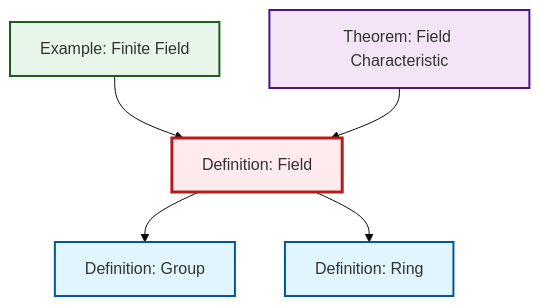
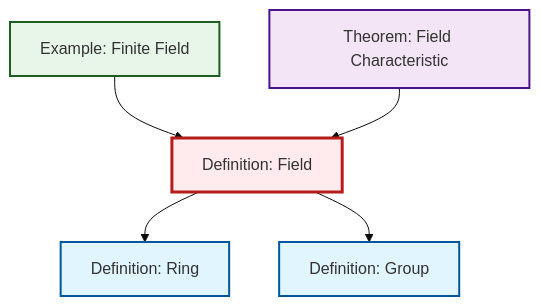
The diagram in output/mermaid/def-field.mermaid (RK0429/ModernMath), drawn with Mermaid (base theme) before and after one commit. The commit also changed other lines of this file and 1195 other files, not shown here.

````diff
--- a/output/mermaid/def-field.mermaid
+++ b/output/mermaid/def-field.mermaid
@@ -1,19 +1,19 @@
 ```{mermaid}
 %%| fig-cap: "Local dependency graph"
 graph TD
     classDef definition fill:#e1f5fe,stroke:#01579b,stroke-width:2px
     classDef theorem fill:#f3e5f5,stroke:#4a148c,stroke-width:2px
     classDef axiom fill:#fff3e0,stroke:#e65100,stroke-width:2px
     classDef example fill:#e8f5e9,stroke:#1b5e20,stroke-width:2px
     classDef current fill:#ffebee,stroke:#b71c1c,stroke-width:3px
     ex-finite-field["Example: Finite Field"]:::example
+    def-ring["Definition: Ring"]:::definition
+    def-field["Definition: Field"]:::definition
     thm-field-characteristic["Theorem: Field Characteristic"]:::theorem
     def-group["Definition: Group"]:::definition
-    def-ring["Definition: Ring"]:::definition
-    def-field["Definition: Field"]:::definition
     ex-finite-field --> def-field
+    thm-field-characteristic --> def-field
+    def-field --> def-ring
     def-field --> def-group
-    def-field --> def-ring
-    thm-field-characteristic --> def-field
     class def-field current
 ```
````
